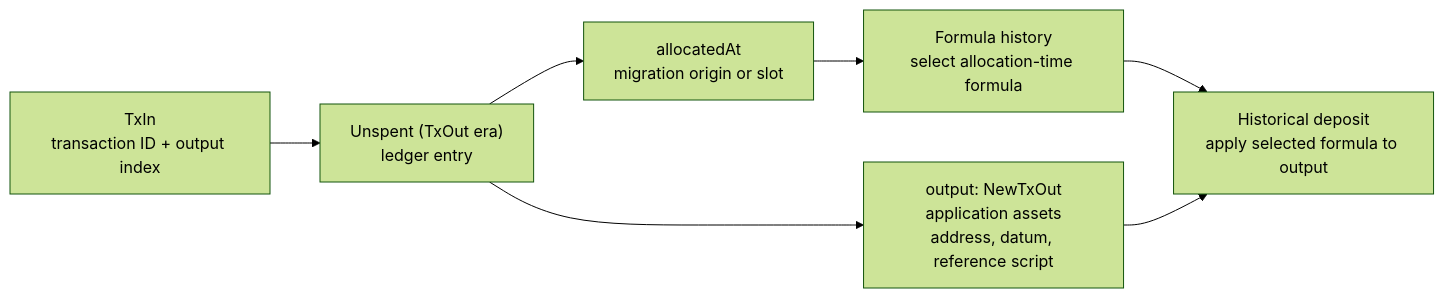
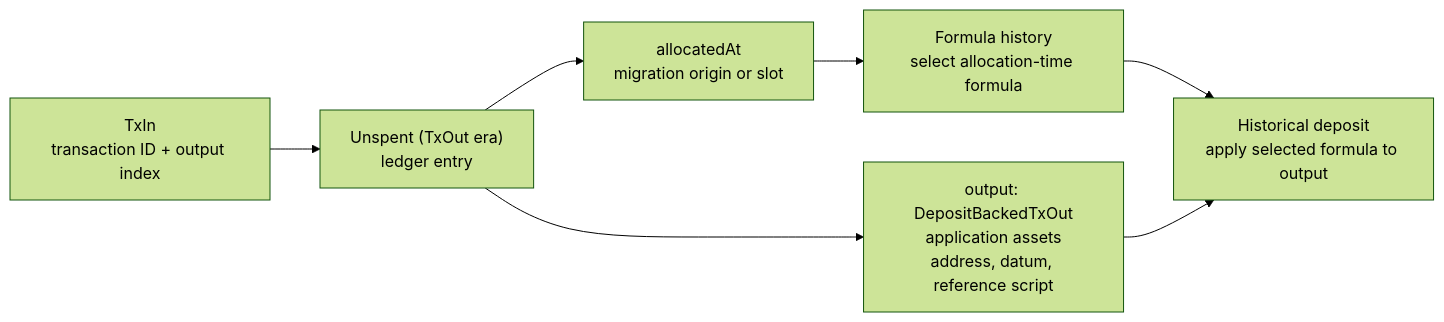
The third of 4 diagrams in CIP-????/README.md (input-output-hk/arc-cardano-minutxo-alternatives), drawn with Mermaid (forest theme) before and after one commit. The commit also changed other lines of this file and 2 other files, not shown here.

````diff
--- a/CIP-????/README.md
+++ b/CIP-????/README.md
@@ -693,9 +698,9 @@
 ```mermaid
 flowchart LR
   I["TxIn<br/>transaction ID + output index"] --> U["Unspent (TxOut era)<br/>ledger entry"]
-  U --> O["output: NewTxOut<br/>application assets<br/>address, datum, reference script"]
+  U --> O["output: DepositBackedTxOut<br/>application assets<br/>address, datum, reference script"]
   U --> A["allocatedAt<br/>migration origin or slot"]
   A --> H["Formula history<br/>select allocation-time formula"]
   H --> D["Historical deposit<br/>apply selected formula to output"]
   O --> D
 ```
````
